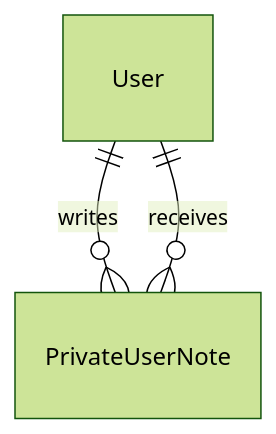
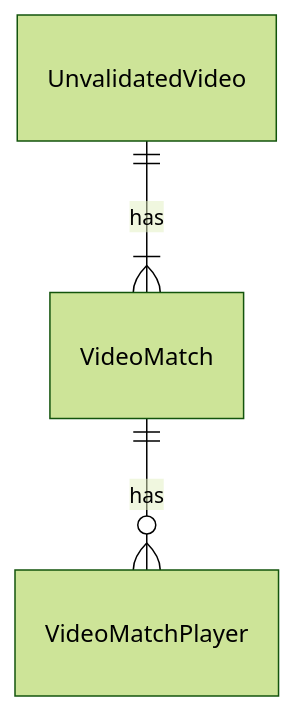
Diagram 14 of 14 in docs/dev/database-relations.md (sendou-ink/sendou.ink), drawn with Mermaid (forest theme) before and after one commit. The commit also changed other lines of this file and 2 other files, not shown here.

````diff
--- a/docs/dev/database-relations.md
+++ b/docs/dev/database-relations.md
@@ -181,5 +192,5 @@
 ```mermaid
 erDiagram
-    User ||--o{ PrivateUserNote : writes
-    User ||--o{ PrivateUserNote : receives
+    UnvalidatedVideo ||--|{ VideoMatch : has
+    VideoMatch ||--o{ VideoMatchPlayer : has
 ```
````
